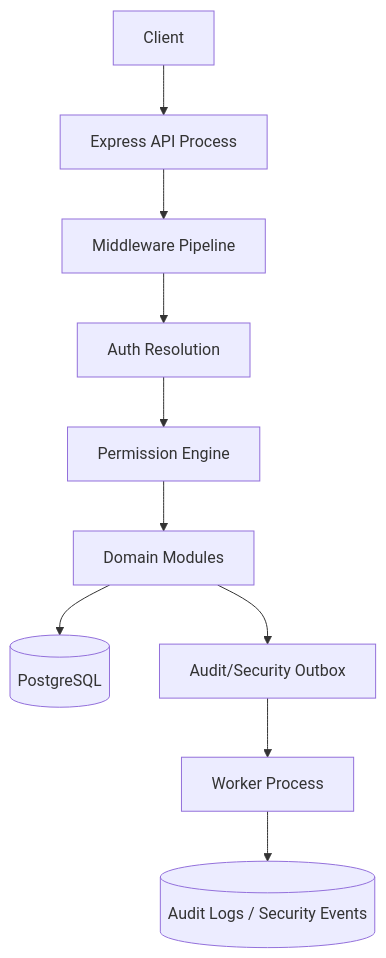
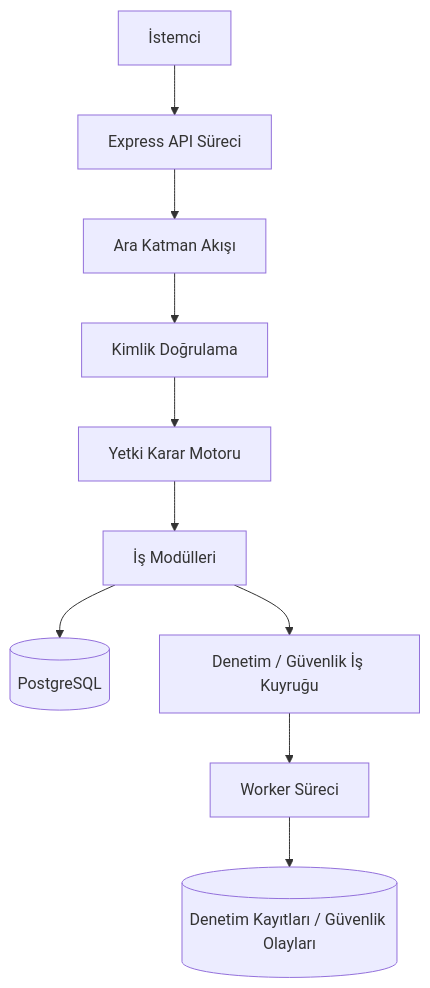
Before and after one commit to Mehmet-Aytac/enterprise-backend-foundation-case-study: the diagram in docs/tr/architecture-overview.md, drawn with Mermaid. The commit also changed other lines of this file, not shown here.

Commit message:
Polish Turkish architecture terminology

````diff
--- a/docs/tr/architecture-overview.md
+++ b/docs/tr/architecture-overview.md
@@ -30,12 +30,12 @@
 ```mermaid
 flowchart TD
-    Client[Client] --> API[Express API Process]
-    API --> Middleware[Middleware Pipeline]
-    Middleware --> Auth[Auth Resolution]
-    Auth --> Permission[Permission Engine]
-    Permission --> Modules[Domain Modules]
+    Client[İstemci] --> API[Express API Süreci]
+    API --> Middleware[Ara Katman Akışı]
+    Middleware --> Auth[Kimlik Doğrulama]
+    Auth --> Permission[Yetki Karar Motoru]
+    Permission --> Modules[İş Modülleri]
     Modules --> Database[(PostgreSQL)]
-    Modules --> Outbox[Audit/Security Outbox]
-    Outbox --> Worker[Worker Process]
-    Worker --> Audit[(Audit Logs / Security Events)]
+    Modules --> Outbox[Denetim / Güvenlik İş Kuyruğu]
+    Outbox --> Worker[Worker Süreci]
+    Worker --> Audit[(Denetim Kayıtları / Güvenlik Olayları)]
 ```
````
